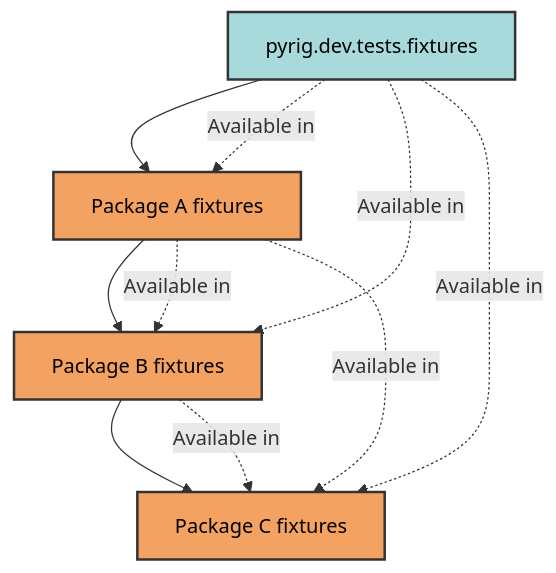
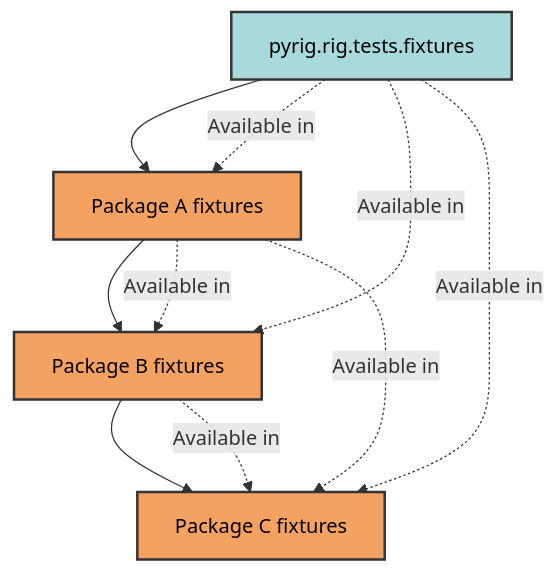
One commit to Winipedia/pyrig changed the first of 3 diagrams in docs/tests/fixtures.md. Above: the diagram before and after it, drawn with Mermaid. The commit also changed other lines of this file and 478 other files, not shown here.

Commit message:
renamed dev to rig and tests pass

````diff
--- a/docs/tests/fixtures.md
+++ b/docs/tests/fixtures.md
@@ -11,18 +11,18 @@
 ```mermaid
 graph TD
-    A[pyrig.dev.tests.fixtures] --> B[Package A fixtures]
+    A[pyrig.rig.tests.fixtures] --> B[Package A fixtures]
     B --> C[Package B fixtures]
     C --> D[Package C fixtures]
 
     A -.->|Available in| B
     A -.->|Available in| C
     A -.->|Available in| D
     B -.->|Available in| C
     B -.->|Available in| D
     C -.->|Available in| D
 
     style A fill:#a8dadc,stroke:#333,stroke-width:2px,color:#000
     style B fill:#f4a261,stroke:#333,stroke-width:2px,color:#000
     style C fill:#f4a261,stroke:#333,stroke-width:2px,color:#000
     style D fill:#f4a261,stroke:#333,stroke-width:2px,color:#000
 ```
````
